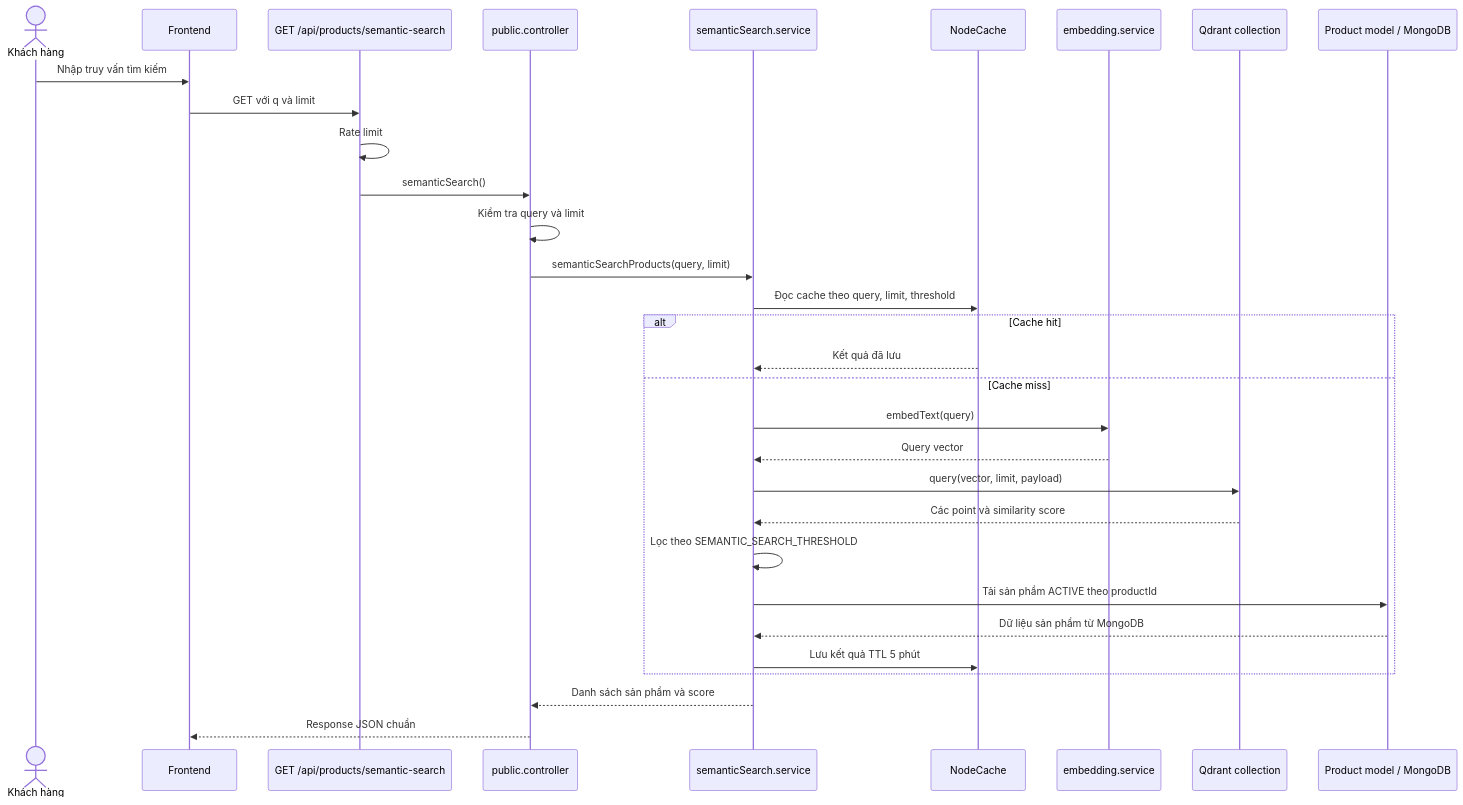
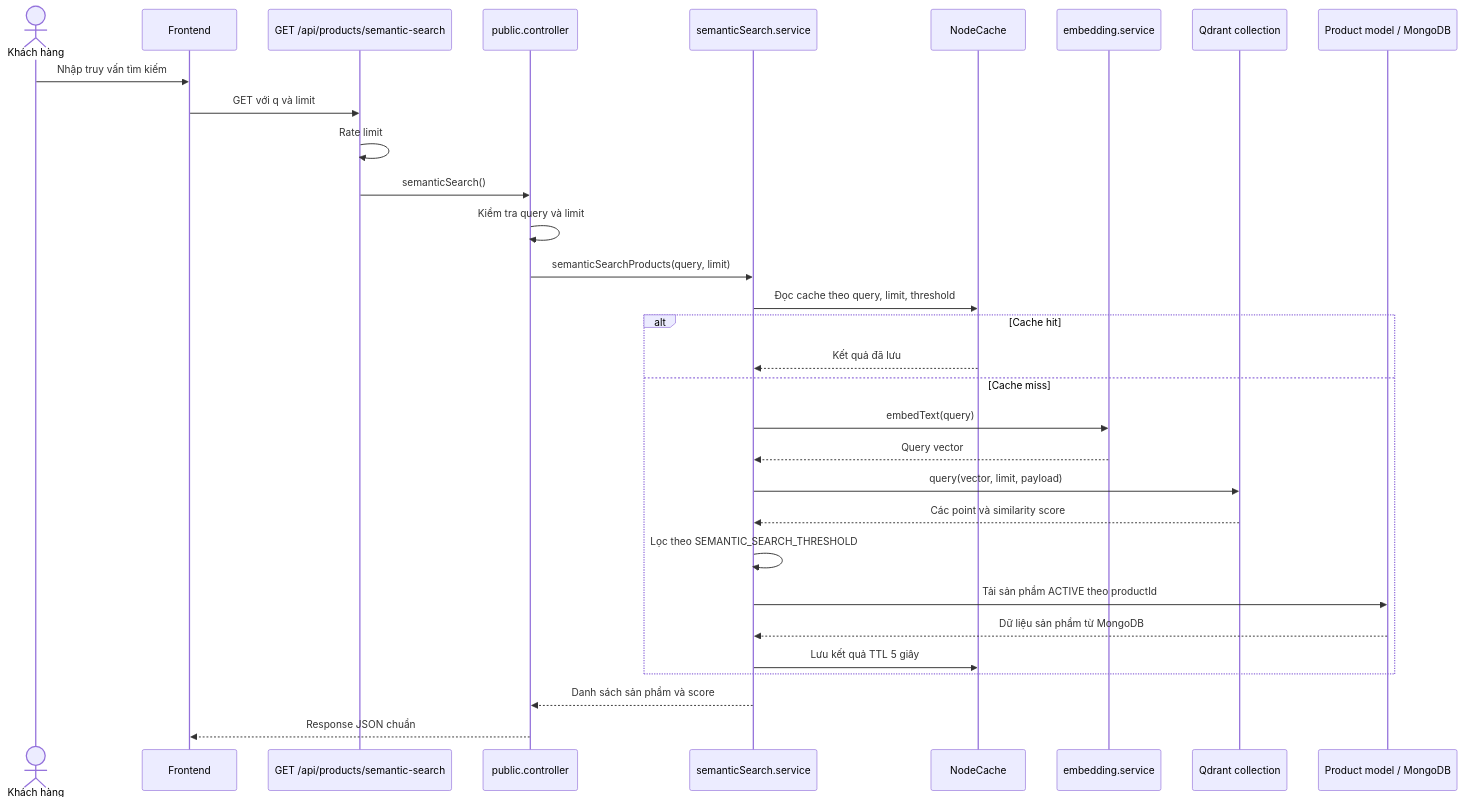
The fourth of 5 diagrams in docs/ARCHITECTURE.md (gialongphan1-droid/techgear-shop), drawn with Mermaid before and after one commit. The commit also changed other lines of this file and 94 other files, not shown here.

````diff
--- a/docs/ARCHITECTURE.md
+++ b/docs/ARCHITECTURE.md
@@ -87,34 +115,34 @@
 ```mermaid
 sequenceDiagram
     actor Customer as Khách hàng
     participant FE as Frontend
     participant Route as GET /api/products/semantic-search
     participant Controller as public.controller
     participant Service as semanticSearch.service
     participant Cache as NodeCache
     participant Embed as embedding.service
     participant Qdrant as Qdrant collection
     participant Product as Product model / MongoDB
 
     Customer->>FE: Nhập truy vấn tìm kiếm
     FE->>Route: GET với q và limit
     Route->>Route: Rate limit
     Route->>Controller: semanticSearch()
     Controller->>Controller: Kiểm tra query và limit
     Controller->>Service: semanticSearchProducts(query, limit)
     Service->>Cache: Đọc cache theo query, limit, threshold
     alt Cache hit
         Cache-->>Service: Kết quả đã lưu
     else Cache miss
         Service->>Embed: embedText(query)
         Embed-->>Service: Query vector
         Service->>Qdrant: query(vector, limit, payload)
         Qdrant-->>Service: Các point và similarity score
         Service->>Service: Lọc theo SEMANTIC_SEARCH_THRESHOLD
         Service->>Product: Tải sản phẩm ACTIVE theo productId
         Product-->>Service: Dữ liệu sản phẩm từ MongoDB
-        Service->>Cache: Lưu kết quả TTL 5 phút
+        Service->>Cache: Lưu kết quả TTL 5 giây
     end
     Service-->>Controller: Danh sách sản phẩm và score
     Controller-->>FE: Response JSON chuẩn
 ```
````
